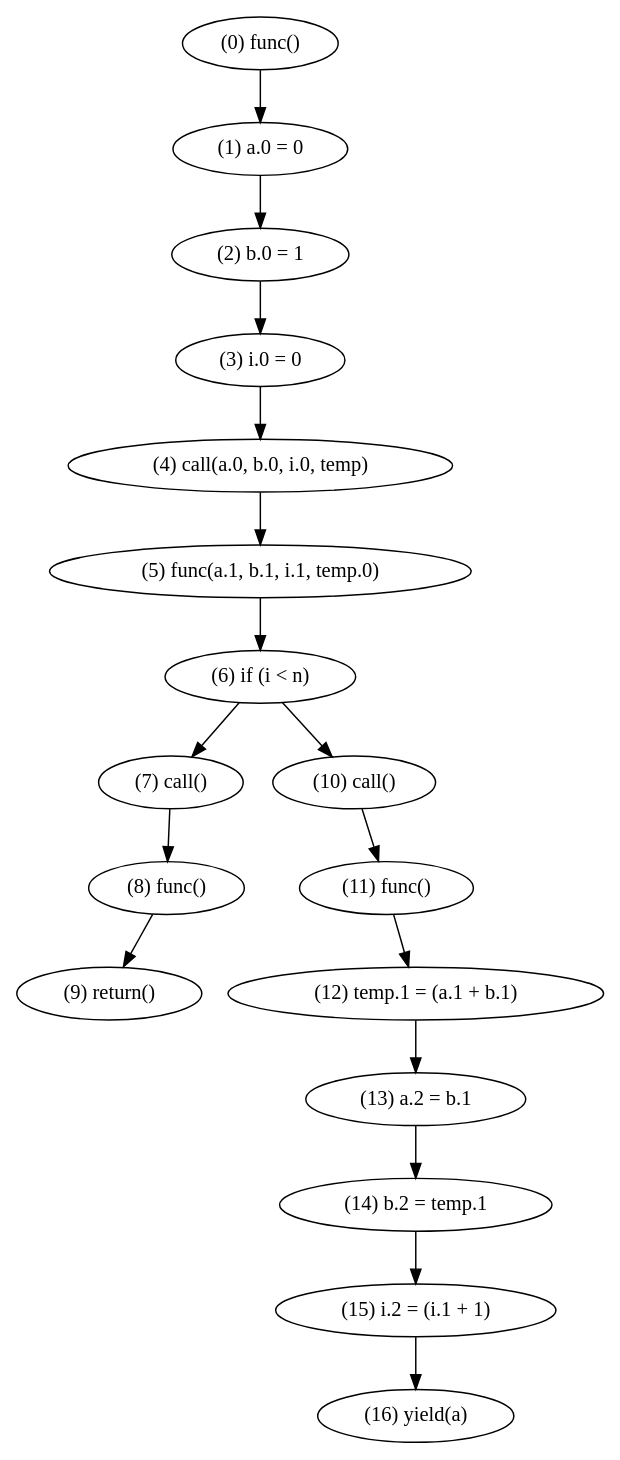
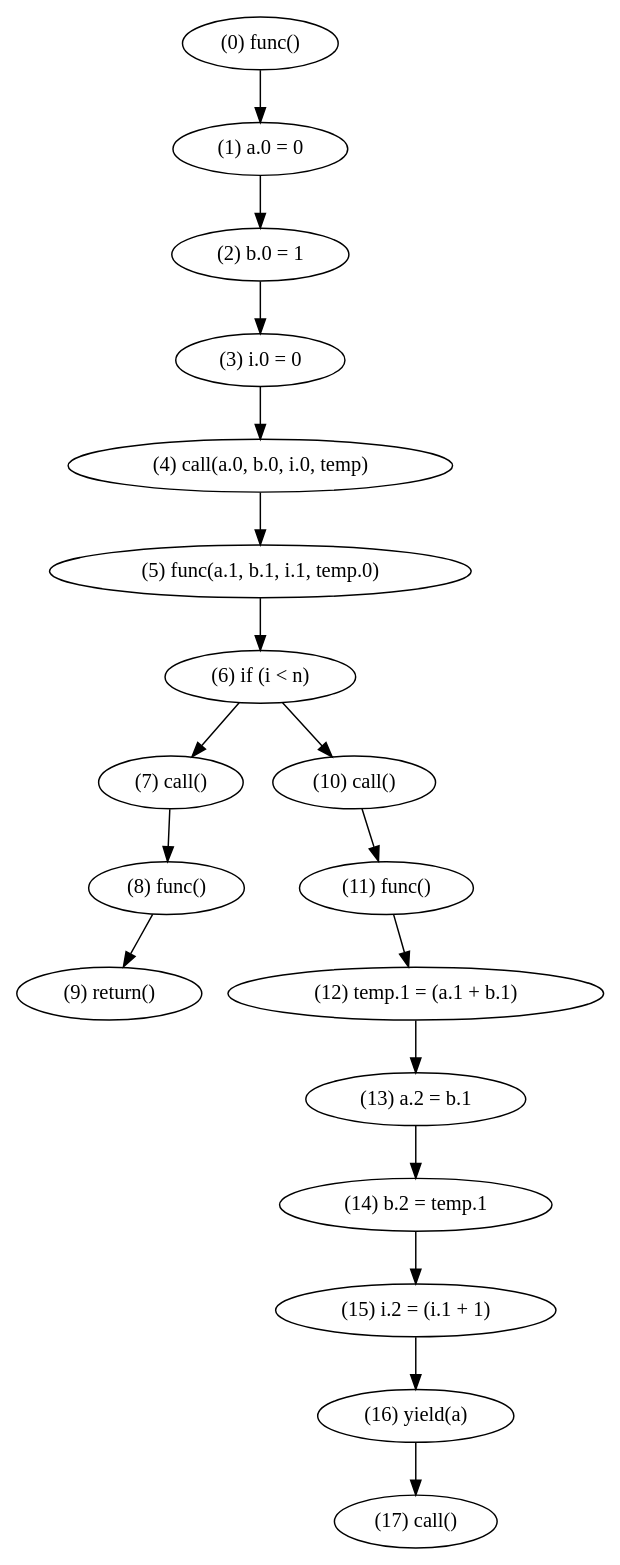
Before and after one commit to WorldofKerry/ToHDL: the diagram in crates/passes/lower_to_fsm.dot, drawn with Graphviz. The commit also changed 2 other files, not shown here.

Commit message:
leaves are term or call nodes

```diff
--- a/crates/passes/lower_to_fsm.dot
+++ b/crates/passes/lower_to_fsm.dot
@@ -1,35 +1,37 @@
 digraph {
     0 [ label = "(0) func()" ]
     1 [ label = "(1) a.0 = 0" ]
     2 [ label = "(2) b.0 = 1" ]
     3 [ label = "(3) i.0 = 0" ]
     4 [ label = "(4) call(a.0, b.0, i.0, temp)" ]
     5 [ label = "(5) func(a.1, b.1, i.1, temp.0)" ]
     6 [ label = "(6) if (i < n)" ]
     7 [ label = "(7) call()" ]
     8 [ label = "(8) func()" ]
     9 [ label = "(9) return()" ]
     10 [ label = "(10) call()" ]
     11 [ label = "(11) func()" ]
     12 [ label = "(12) temp.1 = (a.1 + b.1)" ]
     13 [ label = "(13) a.2 = b.1" ]
     14 [ label = "(14) b.2 = temp.1" ]
     15 [ label = "(15) i.2 = (i.1 + 1)" ]
     16 [ label = "(16) yield(a)" ]
+    17 [ label = "(17) call()" ]
     0 -> 1 [ label = "" ]
     1 -> 2 [ label = "" ]
     2 -> 3 [ label = "" ]
     3 -> 4 [ label = "" ]
     4 -> 5 [ label = "" ]
     5 -> 6 [ label = "" ]
     6 -> 10 [ label = "" ]
     6 -> 7 [ label = "" ]
     7 -> 8 [ label = "" ]
     8 -> 9 [ label = "" ]
     10 -> 11 [ label = "" ]
     11 -> 12 [ label = "" ]
     12 -> 13 [ label = "" ]
     13 -> 14 [ label = "" ]
     14 -> 15 [ label = "" ]
     15 -> 16 [ label = "" ]
+    16 -> 17 [ label = "" ]
 }
```
